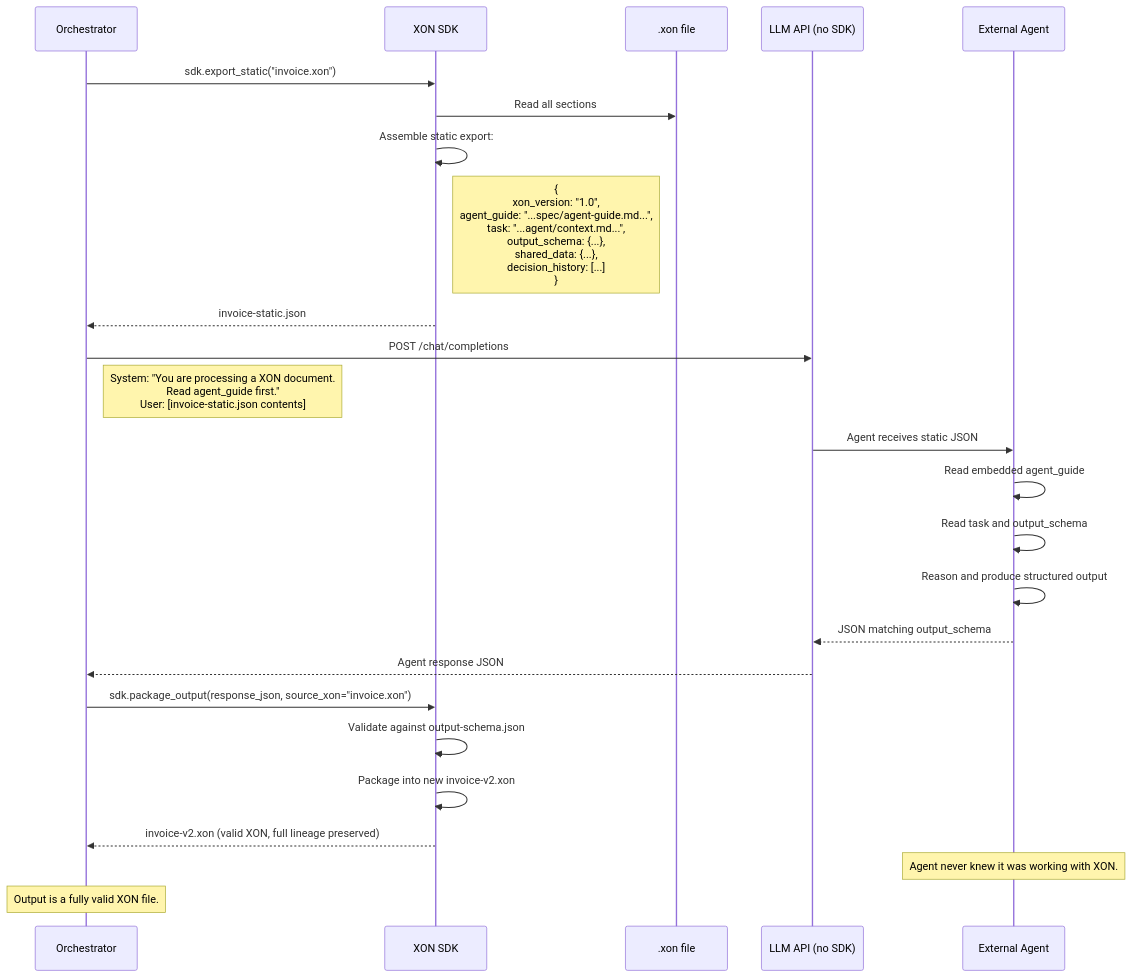
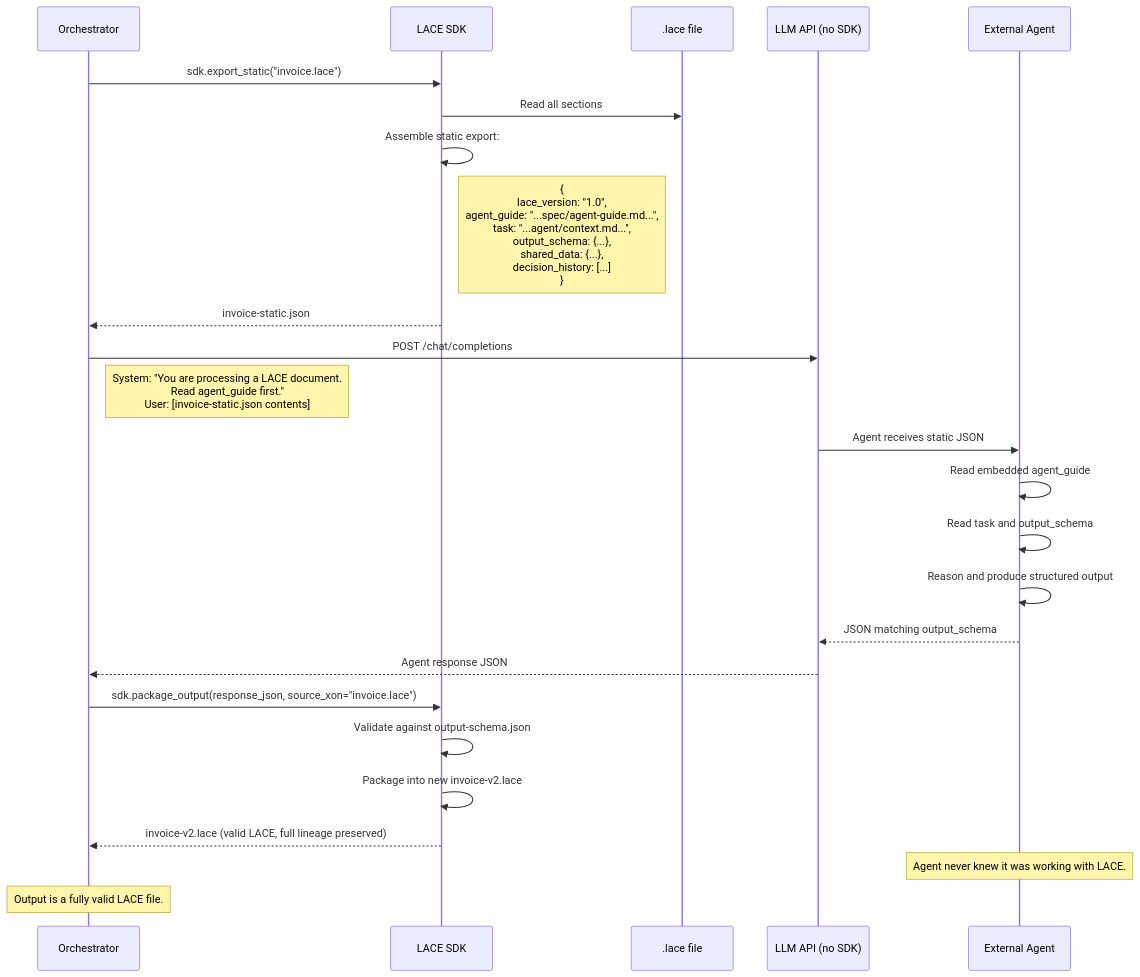
Before and after one commit to batunii/napkin-os: the sixth of 8 diagrams in SEQUENCE-DIAGRAMS.md, drawn with Mermaid. The commit also changed other lines of this file and 7 other files, not shown here.

First line of the commit message:
Rename XON → LACE throughout

````diff
--- a/SEQUENCE-DIAGRAMS.md
+++ b/SEQUENCE-DIAGRAMS.md
@@ -274,33 +274,33 @@
 ```mermaid
 sequenceDiagram
     participant Orch as Orchestrator
-    participant SDK as XON SDK
-    participant XON as .xon file
+    participant SDK as LACE SDK
+    participant LACE as .lace file
     participant API as LLM API (no SDK)
     participant Agent as External Agent
 
-    Orch->>SDK: sdk.export_static("invoice.xon")
-    SDK->>XON: Read all sections
+    Orch->>SDK: sdk.export_static("invoice.lace")
+    SDK->>LACE: Read all sections
     SDK->>SDK: Assemble static export:
-    note right of SDK: {<br/>  xon_version: "1.0",<br/>  agent_guide: "...spec/agent-guide.md...",<br/>  task: "...agent/context.md...",<br/>  output_schema: {...},<br/>  shared_data: {...},<br/>  decision_history: [...]<br/>}
+    note right of SDK: {<br/>  lace_version: "1.0",<br/>  agent_guide: "...spec/agent-guide.md...",<br/>  task: "...agent/context.md...",<br/>  output_schema: {...},<br/>  shared_data: {...},<br/>  decision_history: [...]<br/>}
     SDK-->>Orch: invoice-static.json
 
     Orch->>API: POST /chat/completions
-    note right of Orch: System: "You are processing a XON document.<br/>Read agent_guide first."<br/>User: [invoice-static.json contents]
+    note right of Orch: System: "You are processing a LACE document.<br/>Read agent_guide first."<br/>User: [invoice-static.json contents]
 
     API->>Agent: Agent receives static JSON
     Agent->>Agent: Read embedded agent_guide
     Agent->>Agent: Read task and output_schema
     Agent->>Agent: Reason and produce structured output
     Agent-->>API: JSON matching output_schema
 
     API-->>Orch: Agent response JSON
 
-    Orch->>SDK: sdk.package_output(response_json, source_xon="invoice.xon")
+    Orch->>SDK: sdk.package_output(response_json, source_xon="invoice.lace")
     SDK->>SDK: Validate against output-schema.json
-    SDK->>SDK: Package into new invoice-v2.xon
-    SDK-->>Orch: invoice-v2.xon (valid XON, full lineage preserved)
+    SDK->>SDK: Package into new invoice-v2.lace
+    SDK-->>Orch: invoice-v2.lace (valid LACE, full lineage preserved)
 
-    note over Agent: Agent never knew it was working with XON.
-    note over Orch: Output is a fully valid XON file.
+    note over Agent: Agent never knew it was working with LACE.
+    note over Orch: Output is a fully valid LACE file.
 ```
````
